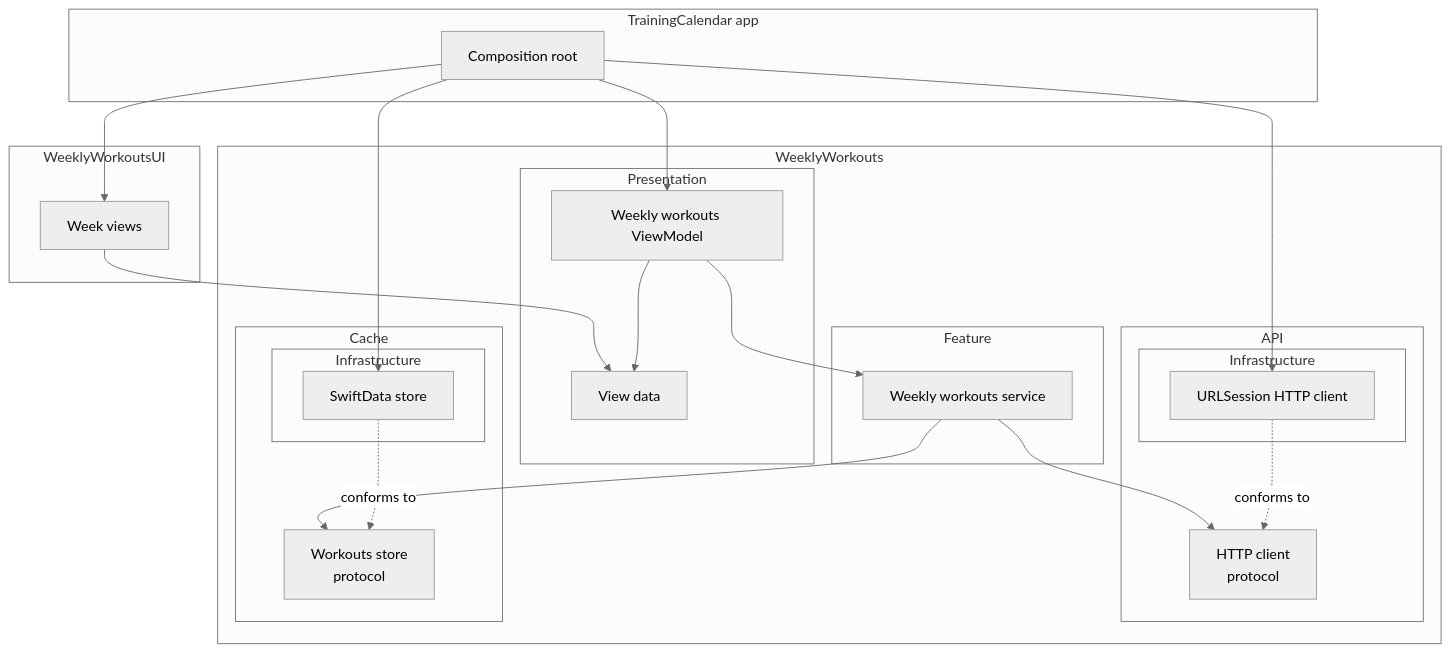
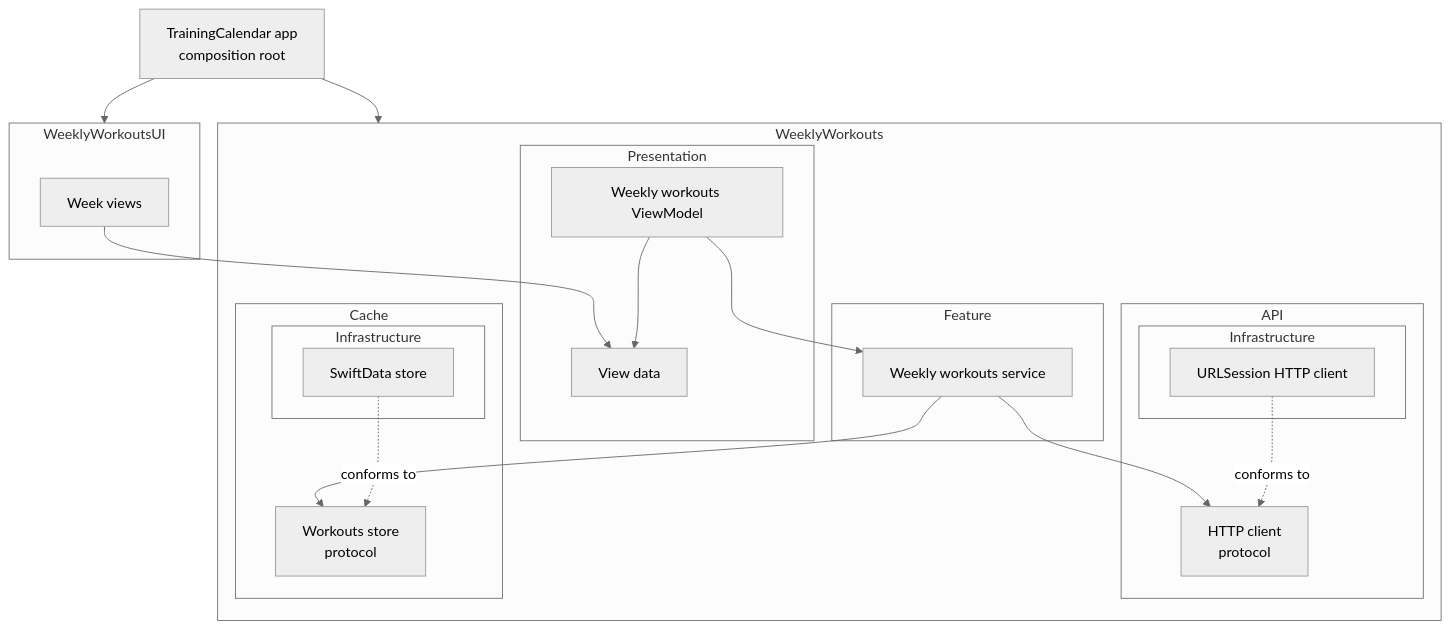
The second of 2 diagrams in README.md (tringuyen623/training-calendar), drawn with Mermaid (neutral theme) before and after one commit. The commit also changed other lines of this file, not shown here.

Commit message:
Show the whole app as the composition root depending on both modules in the architecture diagram

````diff
--- a/README.md
+++ b/README.md
@@ -378,44 +378,40 @@
 ```mermaid
 graph TD
-    subgraph AppModule["TrainingCalendar app"]
-        Composer["Composition root"]
-    end
+    App["TrainingCalendar app<br/>composition root"]
 
     subgraph UIModule["WeeklyWorkoutsUI"]
         Views["Week views"]
     end
 
     subgraph Package["WeeklyWorkouts"]
         subgraph Presentation["Presentation"]
             ViewModel["Weekly workouts ViewModel"]
             ViewData["View data"]
         end
         subgraph Feature["Feature"]
             Service["Weekly workouts service"]
         end
         subgraph API["API"]
             Client["HTTP client<br/>protocol"]
             subgraph APIInfra["Infrastructure"]
                 URLSession["URLSession HTTP client"]
             end
         end
         subgraph Cache["Cache"]
             Store["Workouts store<br/>protocol"]
             subgraph CacheInfra["Infrastructure"]
                 SwiftData["SwiftData store"]
             end
         end
     end
 
-    Composer --> Views
-    Composer --> ViewModel
-    Composer --> URLSession
-    Composer --> SwiftData
+    App --> UIModule
+    App --> Package
     Views --> ViewData
     ViewModel --> ViewData
     ViewModel --> Service
     Service --> Client
     Service --> Store
     URLSession -. conforms to .-> Client
     SwiftData -. conforms to .-> Store
 ```
````
